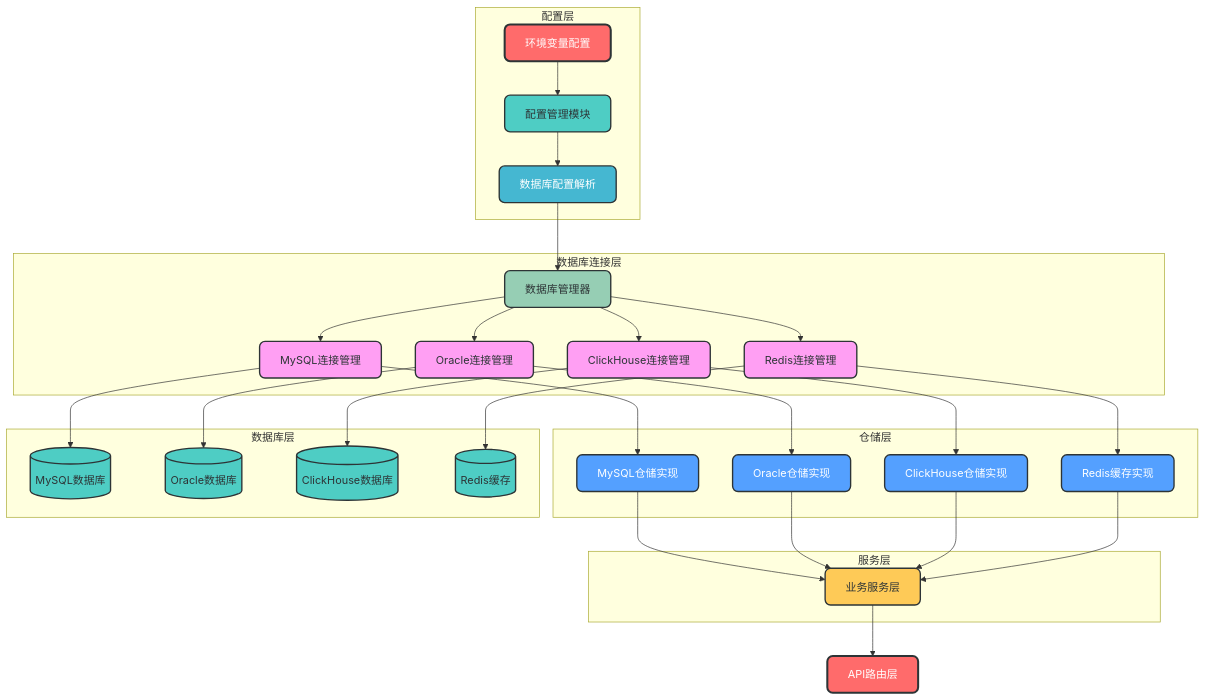
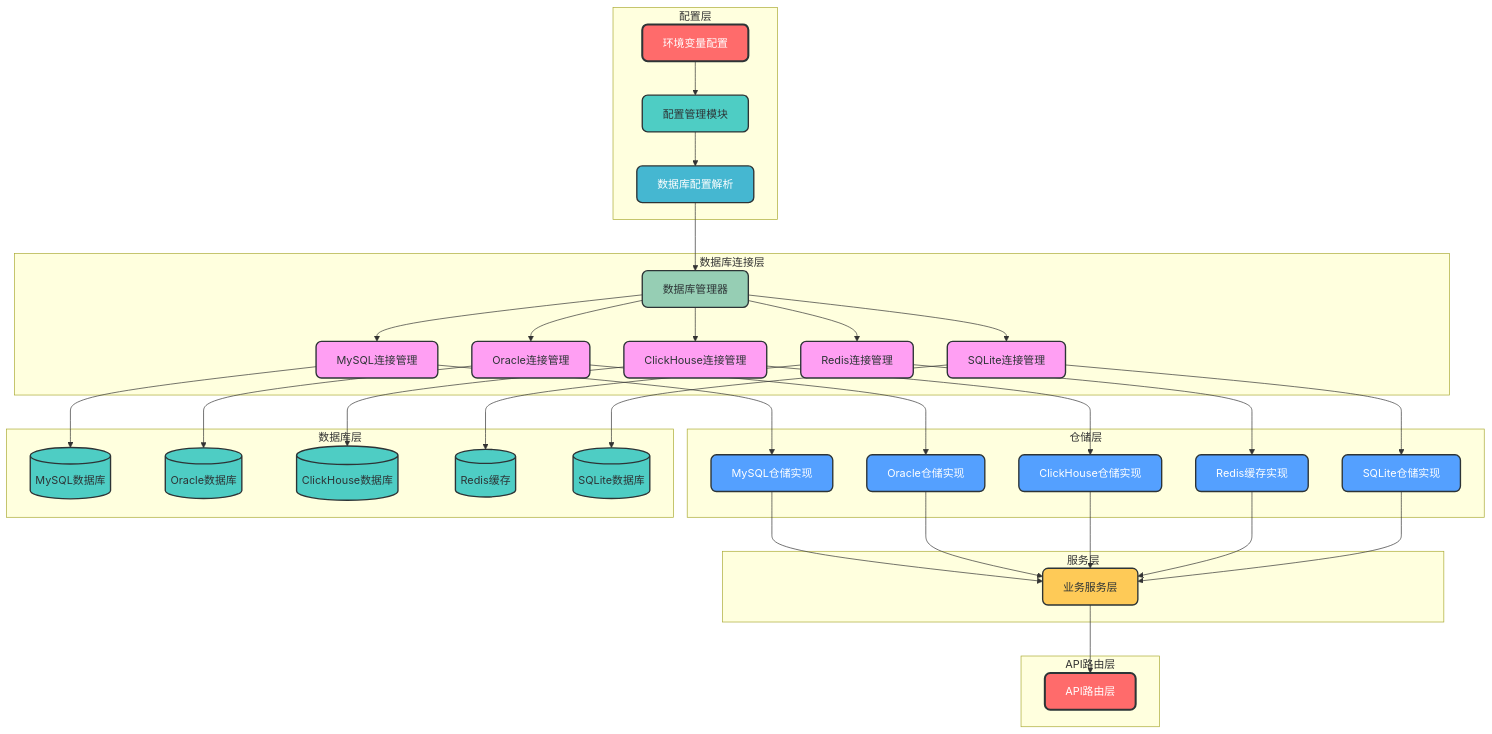
Before and after one commit to amuqiao/FastAPI-MVC: the fourth of 8 diagrams in README.md, drawn with Mermaid. The commit also changed other lines of this file, not shown here.

Commit message:
更新readme 多数据管理模块添加sqlite

````diff
--- a/README.md
+++ b/README.md
@@ -163,57 +163,67 @@
 ```mermaid
 graph TD
     subgraph 配置层
         A[环境变量配置] --> B[配置管理模块]
         B --> C[数据库配置解析]
     end
     
     subgraph 数据库连接层
         C --> D[数据库管理器]
         D --> E[MySQL连接管理]
         D --> F[Oracle连接管理]
         D --> G[ClickHouse连接管理]
         D --> H[Redis连接管理]
+        D --> S[SQLite连接管理] 
     end
     
     subgraph 仓储层
         E --> I[MySQL仓储实现]
         F --> J[Oracle仓储实现]
         G --> K[ClickHouse仓储实现]
         H --> L[Redis缓存实现]
+        S --> T[SQLite仓储实现] 
     end
     
     subgraph 服务层
         I --> M[业务服务层]
         J --> M
         K --> M
         L --> M
+        T --> M 
     end
     
     subgraph 数据库层
         E --> N[(MySQL数据库)]
         F --> O[(Oracle数据库)]
         G --> P[(ClickHouse数据库)]
         H --> Q[(Redis缓存)]
+        S --> U[(SQLite数据库)] 
     end
     
-    M --> R[API路由层]
+    subgraph API路由层  
+        M --> R[API路由层]
+    end
     
+    %% 样式定义（保持原有风格，无修改）
     style A fill:#FF6B6B,stroke:#2D3436,stroke-width:3px,color:white,rx:8,ry:8
     style B fill:#4ECDC4,stroke:#2D3436,stroke-width:2px,color:#2D3436,rx:8,ry:8
     style C fill:#45B7D1,stroke:#2D3436,stroke-width:2px,color:white,rx:8,ry:8
     style D fill:#96CEB4,stroke:#2D3436,stroke-width:2px,color:#2D3436,rx:8,ry:8
     style E fill:#FF9FF3,stroke:#2D3436,stroke-width:2px,color:#2D3436,rx:8,ry:8
     style F fill:#FF9FF3,stroke:#2D3436,stroke-width:2px,color:#2D3436,rx:8,ry:8
     style G fill:#FF9FF3,stroke:#2D3436,stroke-width:2px,color:#2D3436,rx:8,ry:8
     style H fill:#FF9FF3,stroke:#2D3436,stroke-width:2px,color:#2D3436,rx:8,ry:8
+    style S fill:#FF9FF3,stroke:#2D3436,stroke-width:2px,color:#2D3436,rx:8,ry:8 
     style I fill:#54A0FF,stroke:#2D3436,stroke-width:2px,color:white,rx:8,ry:8
     style J fill:#54A0FF,stroke:#2D3436,stroke-width:2px,color:white,rx:8,ry:8
     style K fill:#54A0FF,stroke:#2D3436,stroke-width:2px,color:white,rx:8,ry:8
     style L fill:#54A0FF,stroke:#2D3436,stroke-width:2px,color:white,rx:8,ry:8
+    style T fill:#54A0FF,stroke:#2D3436,stroke-width:2px,color:white,rx:8,ry:8 
     style M fill:#FECA57,stroke:#2D3436,stroke-width:2px,color:#2D3436,rx:8,ry:8
     style N fill:#4ECDC4,stroke:#2D3436,stroke-width:2px,color:#2D3436,rx:8,ry:8
     style O fill:#4ECDC4,stroke:#2D3436,stroke-width:2px,color:#2D3436,rx:8,ry:8
     style P fill:#4ECDC4,stroke:#2D3436,stroke-width:2px,color:#2D3436,rx:8,ry:8
     style Q fill:#4ECDC4,stroke:#2D3436,stroke-width:2px,color:#2D3436,rx:8,ry:8
+    style U fill:#4ECDC4,stroke:#2D3436,stroke-width:2px,color:#2D3436,rx:8,ry:8 
     style R fill:#FF6B6B,stroke:#2D3436,stroke-width:3px,color:white,rx:8,ry:8
 ```
````
